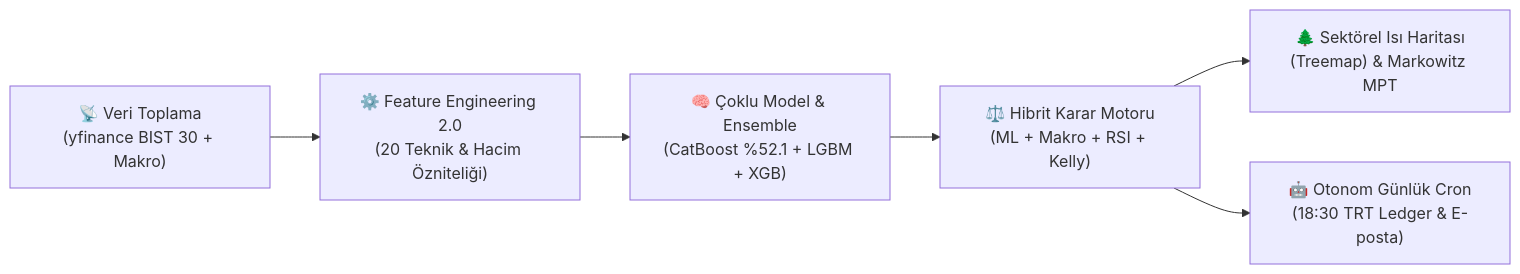
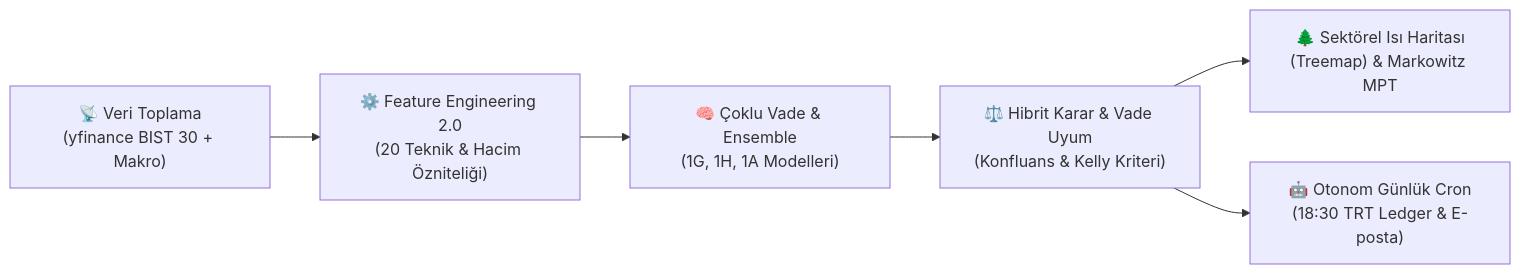
Before and after one commit to themuhammedguler/BIST-Trend-Forecaster: the diagram in README.md, drawn with Mermaid. The commit also changed other lines of this file and 11 other files, not shown here.

````diff
--- a/README.md
+++ b/README.md
@@ -48,8 +48,8 @@
 ```mermaid
 flowchart LR
     A["📡 Veri Toplama\n(yfinance BIST 30 + Makro)"] --> B["⚙️ Feature Engineering 2.0\n(20 Teknik & Hacim Özniteliği)"]
-    B --> C["🧠 Çoklu Model & Ensemble\n(CatBoost %52.1 + LGBM + XGB)"]
-    C --> D["⚖️ Hibrit Karar Motoru\n(ML + Makro + RSI + Kelly)"]
+    B --> C["🧠 Çoklu Vade & Ensemble\n(1G, 1H, 1A Modelleri)"]
+    C --> D["⚖️ Hibrit Karar & Vade Uyum\n(Konfluans & Kelly Kriteri)"]
     D --> E["🌲 Sektörel Isı Haritası\n(Treemap) & Markowitz MPT"]
     D --> F["🤖 Otonom Günlük Cron\n(18:30 TRT Ledger & E-posta)"]
 ```
````
